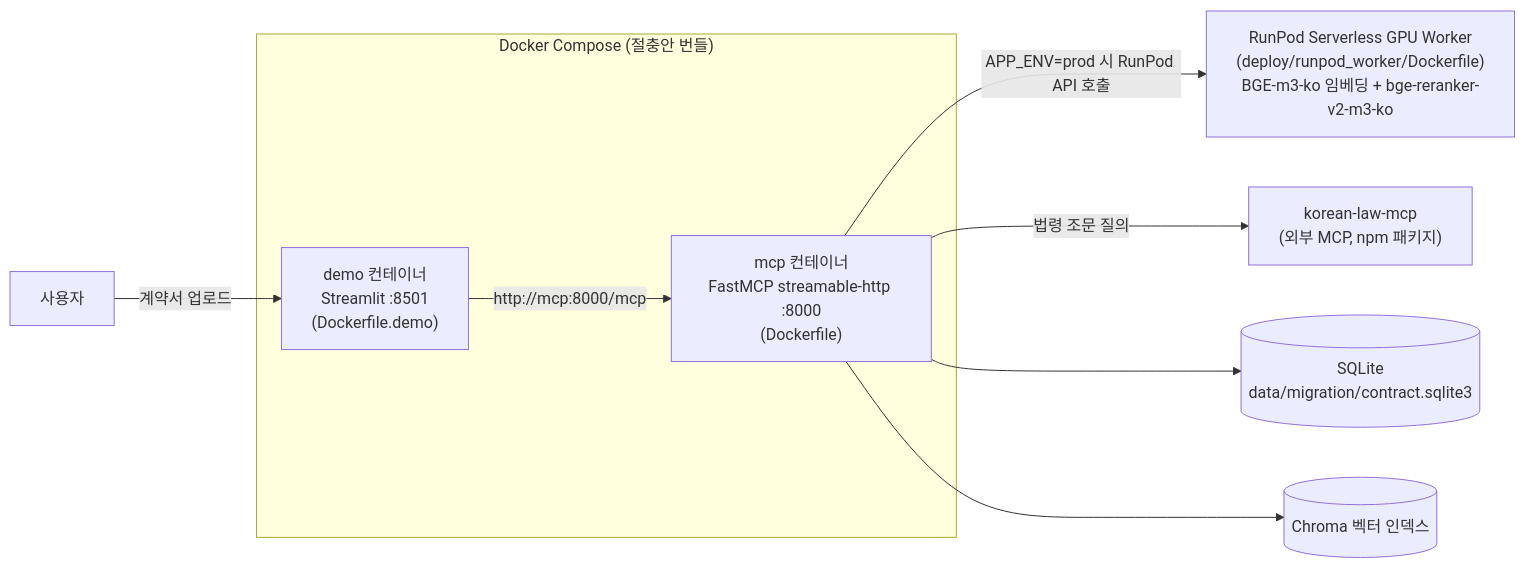
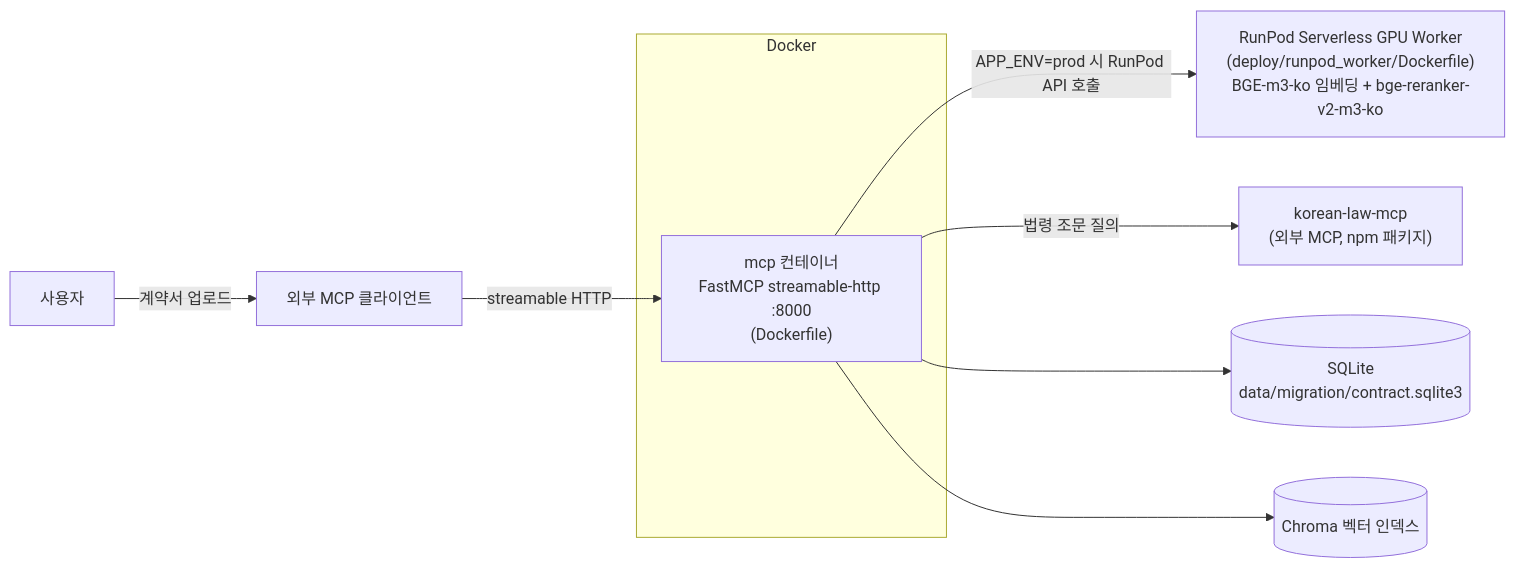
One commit to Hong1008/SKN30-3rd-2Team changed the first of 3 diagrams in docs/deliverables/시스템 아키텍처.md. Above: the diagram before and after it, drawn with Mermaid. The commit also changed other lines of this file and 15 other files, not shown here.

````diff
--- a/docs/deliverables/시스템 아키텍처.md
+++ b/docs/deliverables/시스템 아키텍처.md
@@ -17,16 +18,16 @@
 ```mermaid
 graph LR
-    subgraph "Docker Compose (절충안 번들)"
-        DEMO["demo 컨테이너<br/>Streamlit :8501<br/>(Dockerfile.demo)"]
+    subgraph "Docker"
         MCP["mcp 컨테이너<br/>FastMCP streamable-http :8000<br/>(Dockerfile)"]
     end
+    CLIENT["외부 MCP 클라이언트"]
     RUNPOD["RunPod Serverless GPU Worker<br/>(deploy/runpod_worker/Dockerfile)<br/>BGE-m3-ko 임베딩 + bge-reranker-v2-m3-ko"]
     LAWMCP["korean-law-mcp<br/>(외부 MCP, npm 패키지)"]
 
-    사용자 -->|계약서 업로드| DEMO
-    DEMO -->|"http://mcp:8000/mcp"| MCP
+    사용자 -->|계약서 업로드| CLIENT
+    CLIENT -->|streamable HTTP| MCP
     MCP -->|"APP_ENV=prod 시 RunPod API 호출"| RUNPOD
     MCP -->|법령 조문 질의| LAWMCP
     MCP --> SQLITE[("SQLite<br/>data/migration/contract.sqlite3")]
     MCP --> CHROMA[("Chroma 벡터 인덱스")]
 ```
````
